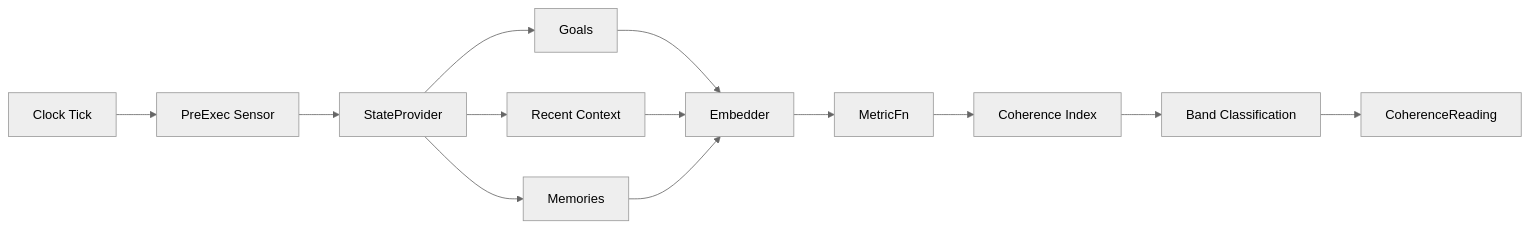
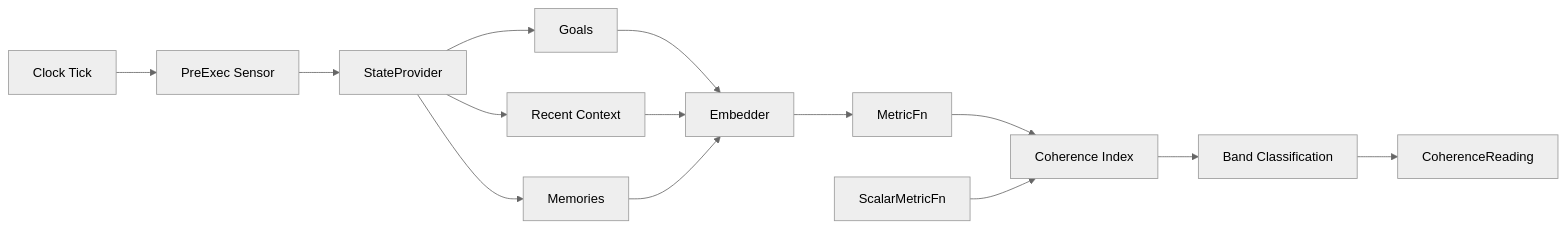
One commit to Peleke/interoception changed the diagram in docs/getting-started/concepts.md. Above: the diagram before and after it, drawn with Mermaid (neutral theme). The commit also changed other lines of this file and 9 other files, not shown here.

````diff
--- a/docs/getting-started/concepts.md
+++ b/docs/getting-started/concepts.md
@@ -5,15 +5,16 @@
 ```mermaid
 graph LR
     Clock[Clock Tick] --> Sensor[PreExec Sensor]
     Sensor --> SP[StateProvider]
     SP --> Goals[Goals]
     SP --> Context[Recent Context]
     SP --> Mem[Memories]
     Goals --> Emb[Embedder]
     Context --> Emb
     Mem --> Emb
     Emb --> Metrics[MetricFn]
     Metrics --> CI[Coherence Index]
     CI --> Band[Band Classification]
     Band --> Reading[CoherenceReading]
+    ScalarMetrics[ScalarMetricFn] --> CI
 ```
````
